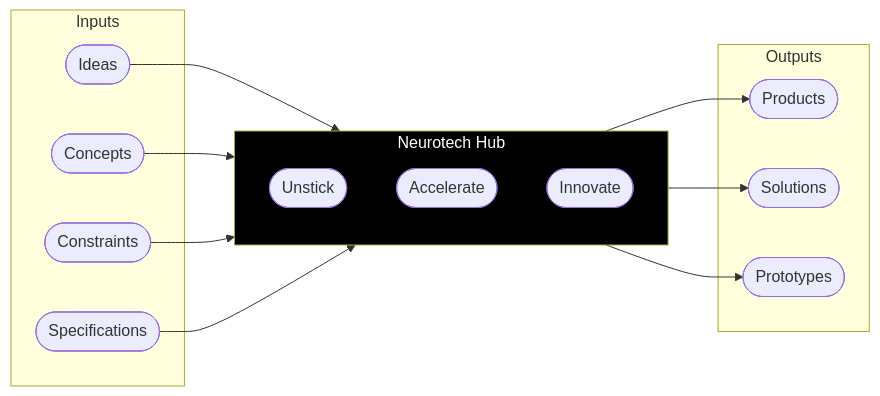
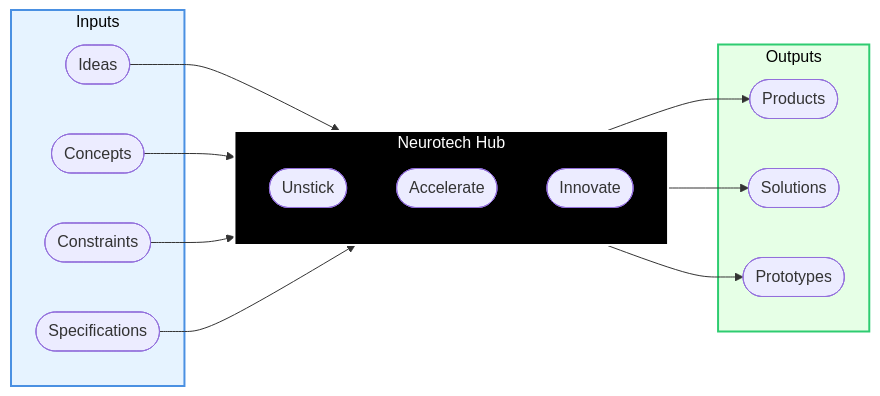
Before and after one commit to Neurotech-Hub/.github: the diagram in profile/README.md, drawn with Mermaid. The commit also changed other lines of this file, not shown here.

````diff
--- a/profile/README.md
+++ b/profile/README.md
@@ -5,35 +5,35 @@
 ```mermaid
 flowchart LR
     subgraph Inputs
         A([Ideas])
         B([Concepts])
         C([Constraints])
         D([Specifications])
     end
     
     subgraph BlackBox[Neurotech Hub]
         direction TB
         E([Unstick])
         F([Accelerate])
         G([Innovate])
     end
     
     subgraph Outputs
         H([Products])
         I([Solutions])
         J([Prototypes])
     end
     
     A --> BlackBox
     B --> BlackBox
     C --> BlackBox
     D --> BlackBox
     
     BlackBox --> H
     BlackBox --> I
     BlackBox --> J
 
-    style BlackBox fill:#000000,color:#ffffff,padding:20px
-    style Inputs padding:20px
-    style Outputs padding:20px
+    style BlackBox fill:#000000,color:#ffffff,padding:40px,stroke:#ffffff,stroke-width:2px,border-radius:10px
+    style Inputs fill:#e6f3ff,color:#000000,padding:40px,stroke:#4a90e2,stroke-width:2px,border-radius:10px
+    style Outputs fill:#e6ffe6,color:#000000,padding:40px,stroke:#2ecc71,stroke-width:2px,border-radius:10px
 ```
````
